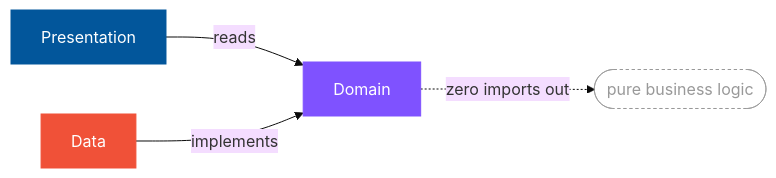
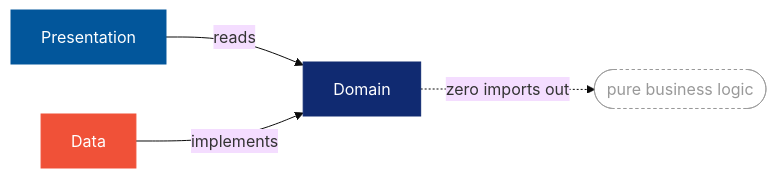
The diagram in README.md (saifmessaoudi/saifmessaoudi), drawn with Mermaid (base theme) before and after one commit. The commit also changed other lines of this file, not shown here.

````diff
--- a/README.md
+++ b/README.md
@@ -19,11 +19,11 @@
 ```mermaid
 flowchart LR
     Presentation -->|reads| Domain
     Data -->|implements| Domain
     Domain -.->|zero imports out| Pure(["pure business logic"])
 
-    style Domain fill:#7F52FF,stroke:#7F52FF,color:#fff
+    style Domain fill:#102A71,stroke:#102A71,color:#fff
     style Presentation fill:#02569B,stroke:#02569B,color:#fff
     style Data fill:#F05138,stroke:#F05138,color:#fff
     style Pure fill:transparent,stroke:#999,color:#999,stroke-dasharray:3 3
 ```
````
